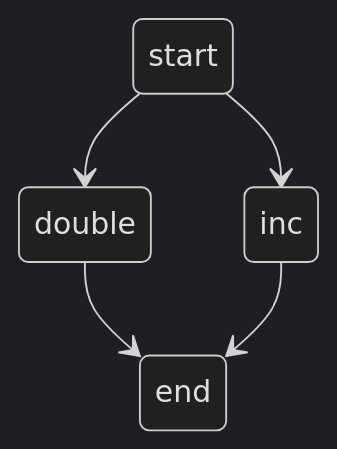
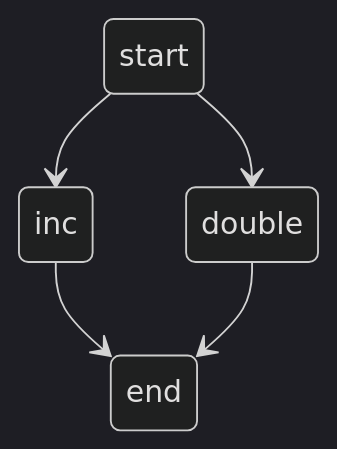
The diagram in graph/graph_visualize_test_fanout.md (nquangtrung/agentgo), drawn with Mermaid (dark theme) before and after one commit. The commit also changed other lines of this file and 13 other files, not shown here.

````diff
--- a/graph/graph_visualize_test_fanout.md
+++ b/graph/graph_visualize_test_fanout.md
@@ -1,12 +1,12 @@
 ```mermaid
 stateDiagram-v2
+    state "start" as start
     state "end" as end
     state "inc" as inc
     state "double" as double
-    state "start" as start
+    inc --> end : 
     double --> end : 
     start --> inc : 
     start --> double : 
-    inc --> end : 
 
 ```
````
